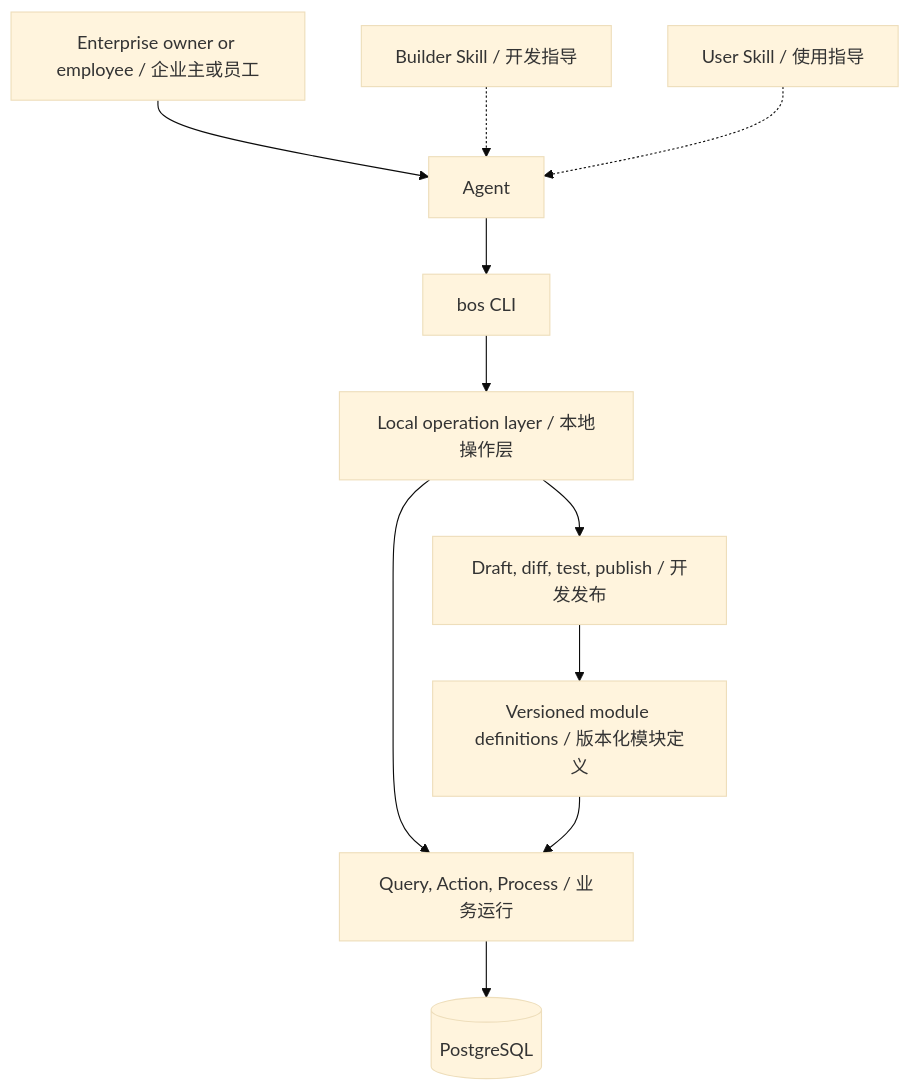
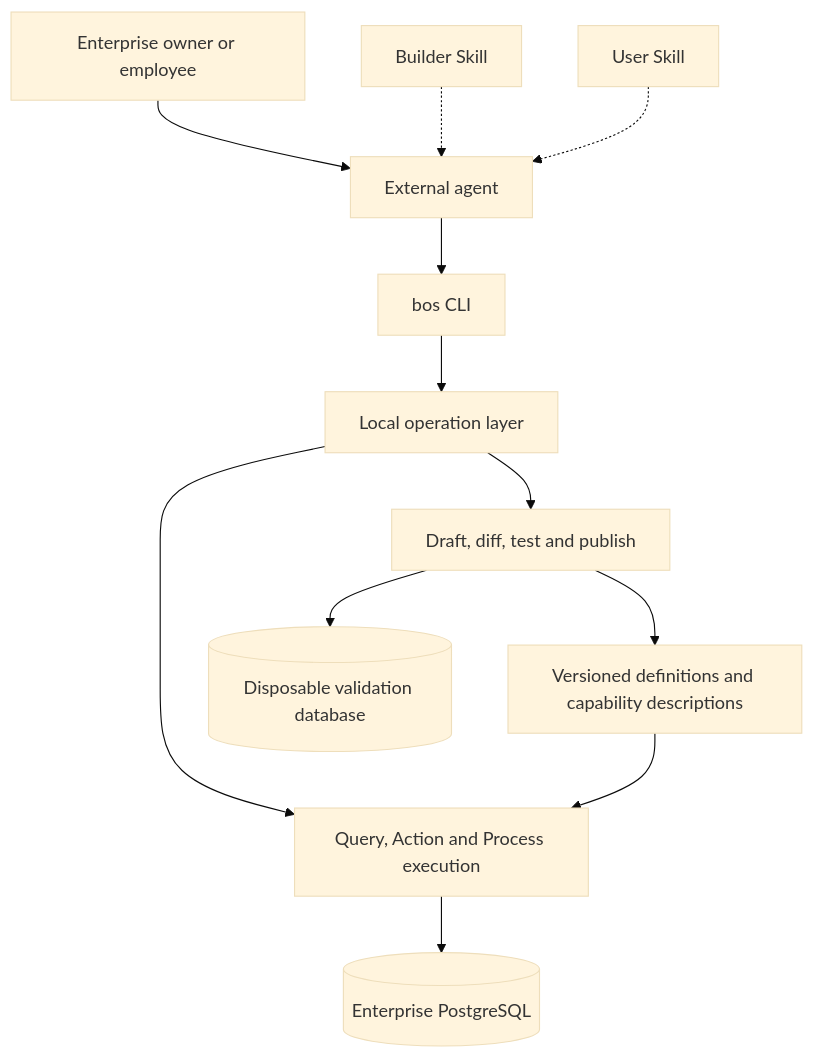
One commit to CongQIANFN/businessos changed the diagram in docs/ARCHITECTURE.md. Above: the diagram before and after it, drawn with Mermaid (base theme). The commit also changed other lines of this file and 3 other files, not shown here.

First line of the commit message:
Explain BusinessOS product and technical architecture in English and Chinese

````diff
--- a/docs/ARCHITECTURE.md
+++ b/docs/ARCHITECTURE.md
@@ -3,13 +7,14 @@
 ```mermaid
 flowchart TD
-    User[Enterprise owner or employee / 企业主或员工] --> Agent[Agent]
-    BS[Builder Skill / 开发指导] -.-> Agent
-    US[User Skill / 使用指导] -.-> Agent
-    Agent --> CLI[bos CLI]
-    CLI --> Service[Local operation layer / 本地操作层]
-    Service --> Build[Draft, diff, test, publish / 开发发布]
-    Service --> Use[Query, Action, Process / 业务运行]
-    Build --> Modules[Versioned module definitions / 版本化模块定义]
+    Person["Enterprise owner or employee"] --> Agent["External agent"]
+    BS["Builder Skill"] -.-> Agent
+    US["User Skill"] -.-> Agent
+    Agent --> CLI["bos CLI"]
+    CLI --> Service["Local operation layer"]
+    Service --> Build["Draft, diff, test and publish"]
+    Service --> Use["Query, Action and Process execution"]
+    Build --> Modules["Versioned definitions and capability descriptions"]
     Modules --> Use
-    Use --> PG[(PostgreSQL)]
+    Build --> TestDB[("Disposable validation database")]
+    Use --> PG[("Enterprise PostgreSQL")]
 ```
````
